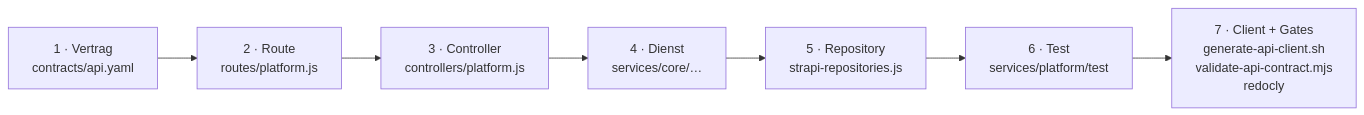
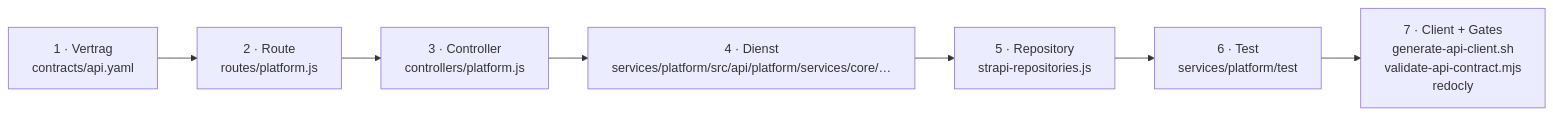
One commit to noahilli/plantini changed the diagram in docs-site/docs/backend/neuer-endpunkt.md. Above: the diagram before and after it, drawn with Mermaid. The commit also changed 12 other files, not shown here.

````diff
--- a/docs-site/docs/backend/neuer-endpunkt.md
+++ b/docs-site/docs/backend/neuer-endpunkt.md
@@ -10,9 +10,9 @@
 ```mermaid
 flowchart LR
   V["1 · Vertrag<br/>contracts/api.yaml"] --> R["2 · Route<br/>routes/platform.js"]
   R --> C["3 · Controller<br/>controllers/platform.js"]
-  C --> S["4 · Dienst<br/>services/core/…"]
+  C --> S["4 · Dienst<br/>services/platform/src/api/platform/services/core/…"]
   S --> P["5 · Repository<br/>strapi-repositories.js"]
   P --> T["6 · Test<br/>services/platform/test"]
   T --> G["7 · Client + Gates<br/>generate-api-client.sh<br/>validate-api-contract.mjs<br/>redocly"]
 ```
````
